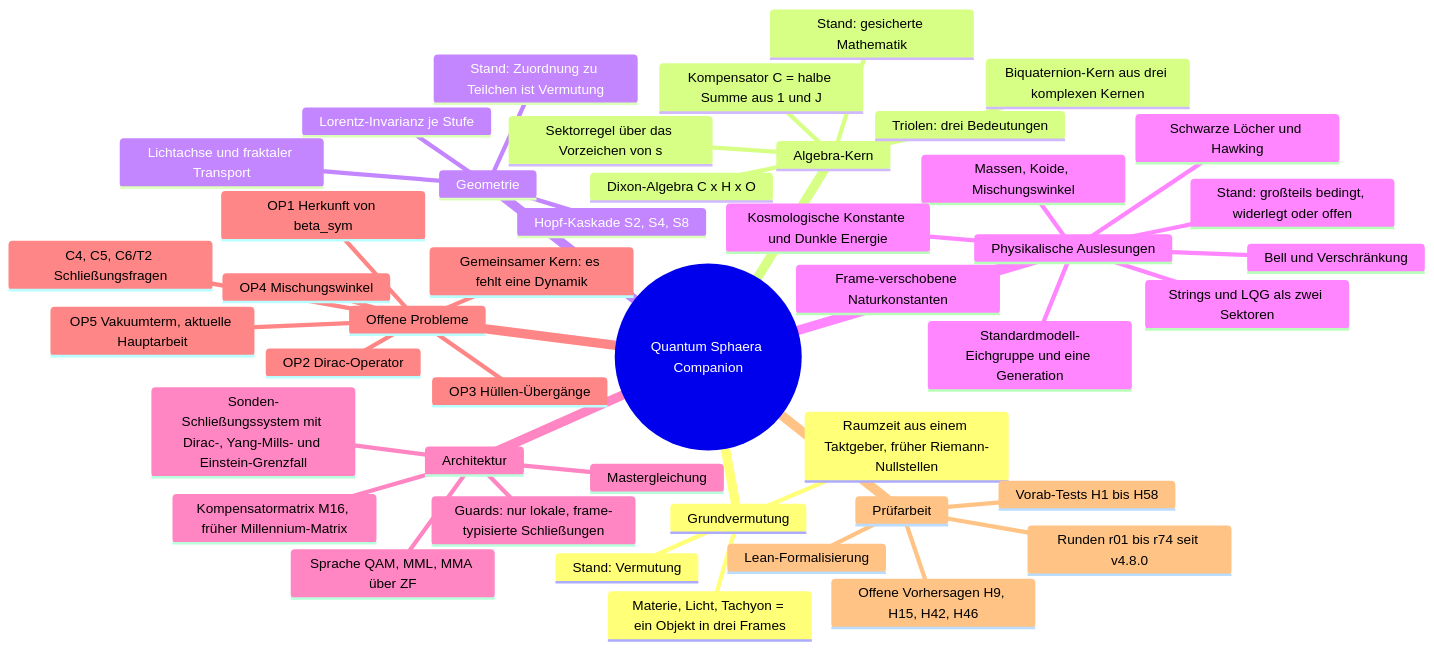
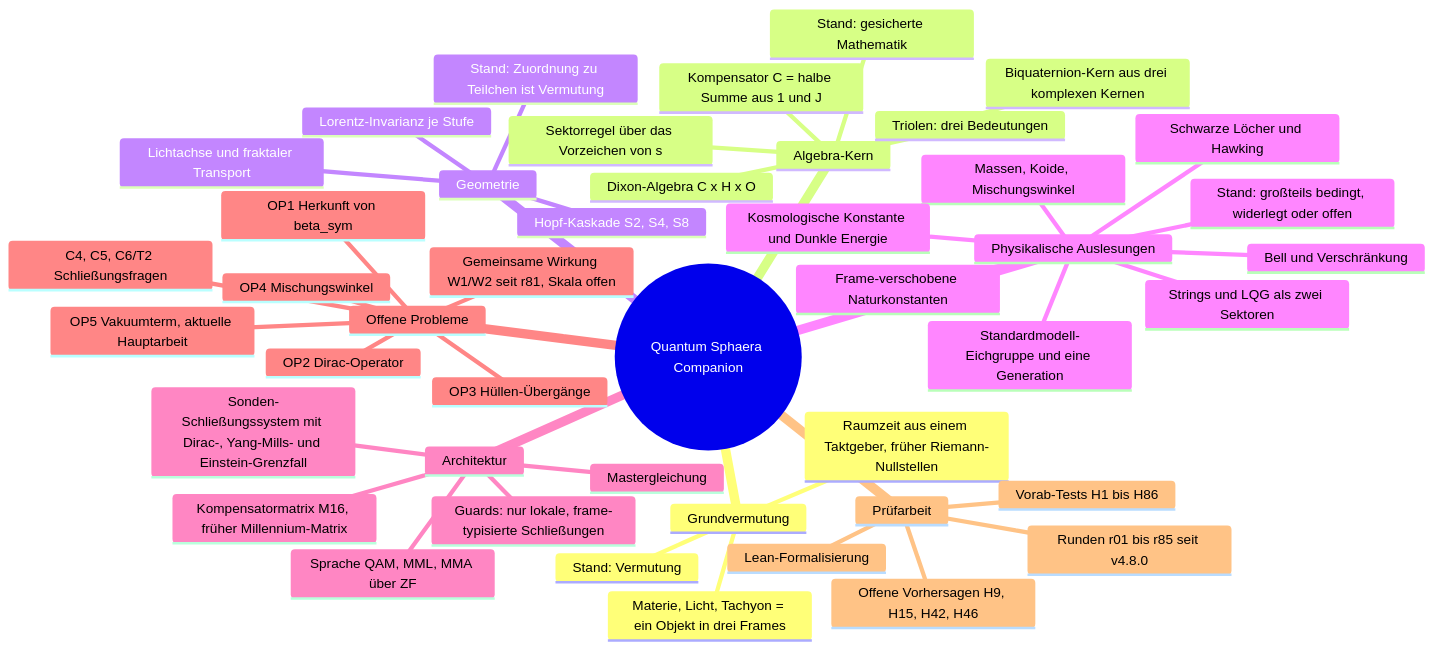
The first of 2 diagrams in wiki/Gesamtbild.md (Moriarty1982/QuantumSphere-Unfold), drawn with Mermaid before and after one commit. The commit also changed other lines of this file and 6 other files, not shown here.

First line of the commit message:
Wiki: Stand nach r85 auf Home, Gesamtbild (Thesen, Mindmap, Entwicklung), Hinweise fuer LLMs, Versionen und Quellen, Begriffe, Dokumentfuehrer, Vorhersagen

````diff
--- a/wiki/Gesamtbild.md
+++ b/wiki/Gesamtbild.md
@@ -11,48 +11,48 @@
 ```mermaid
 mindmap
   root((Quantum Sphaera Companion))
     Grundvermutung
       Materie, Licht, Tachyon = ein Objekt in drei Frames
       Raumzeit aus einem Taktgeber, früher Riemann-Nullstellen
       Stand: Vermutung
     Algebra-Kern
       Biquaternion-Kern aus drei komplexen Kernen
       Kompensator C = halbe Summe aus 1 und J
       Sektorregel über das Vorzeichen von s
       Triolen: drei Bedeutungen
       Dixon-Algebra C x H x O
       Stand: gesicherte Mathematik
     Geometrie
       Hopf-Kaskade S2, S4, S8
       Lichtachse und fraktaler Transport
       Lorentz-Invarianz je Stufe
       Stand: Zuordnung zu Teilchen ist Vermutung
     Physikalische Auslesungen
       Standardmodell-Eichgruppe und eine Generation
       Massen, Koide, Mischungswinkel
       Kosmologische Konstante und Dunkle Energie
       Frame-verschobene Naturkonstanten
       Schwarze Löcher und Hawking
       Strings und LQG als zwei Sektoren
       Bell und Verschränkung
       Stand: großteils bedingt, widerlegt oder offen
     Architektur
       Mastergleichung
       Kompensatormatrix M16, früher Millennium-Matrix
       Sonden-Schließungssystem mit Dirac-, Yang-Mills- und Einstein-Grenzfall
       Sprache QAM, MML, MMA über ZF
       Guards: nur lokale, frame-typisierte Schließungen
     Offene Probleme
       OP1 Herkunft von beta_sym
       OP2 Dirac-Operator
       OP3 Hüllen-Übergänge
       OP4 Mischungswinkel
       OP5 Vakuumterm, aktuelle Hauptarbeit
       C4, C5, C6/T2 Schließungsfragen
-      Gemeinsamer Kern: es fehlt eine Dynamik
+      Gemeinsame Wirkung W1/W2 seit r81, Skala offen
     Prüfarbeit
-      Runden r01 bis r74 seit v4.8.0
-      Vorab-Tests H1 bis H58
+      Runden r01 bis r85 seit v4.8.0
+      Vorab-Tests H1 bis H86
       Lean-Formalisierung
       Offene Vorhersagen H9, H15, H42, H46
 ```
````
